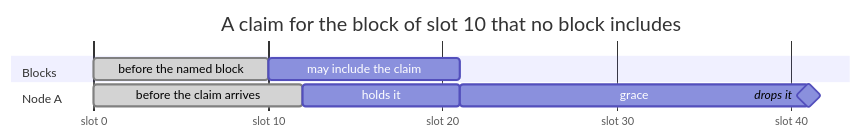
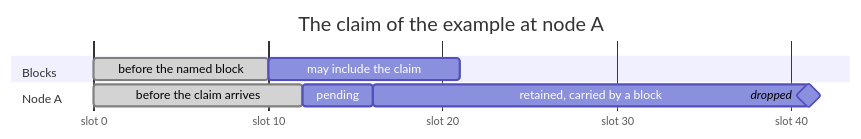
One commit to logos-co/logos-lips changed the second of 4 diagrams in docs/blockchain/raw/mempool.md. Above: the diagram before and after it, drawn with Mermaid. The commit also changed other lines of this file, not shown here.

````diff
--- a/docs/blockchain/raw/mempool.md
+++ b/docs/blockchain/raw/mempool.md
@@ -71,22 +72,22 @@
 ```mermaid
 ---
 displayMode: compact
 config:
   gantt:
     useWidth: 800
 ---
 gantt
-    title A claim for the block of slot 10 that no block includes
+    title The claim of the example at node A
     dateFormat X
     axisFormat slot %s
     tickInterval 10second
     todayMarker off
     section Blocks
         before the named block : done, b0, 0, 10s
         may include the claim : b1, after b0, 11s
     section Node A
         before the claim arrives : done, a0, 0, 12s
-        holds it : a1, after a0, 9s
-        grace : a2, after a1, 20s
-        drops it : milestone, a3, after a2, 0s
+        pending : a1, after a0, 4s
+        retained, carried by a block : a3, after a1, 25s
+        dropped : milestone, a4, after a3, 0s
 ```
````
